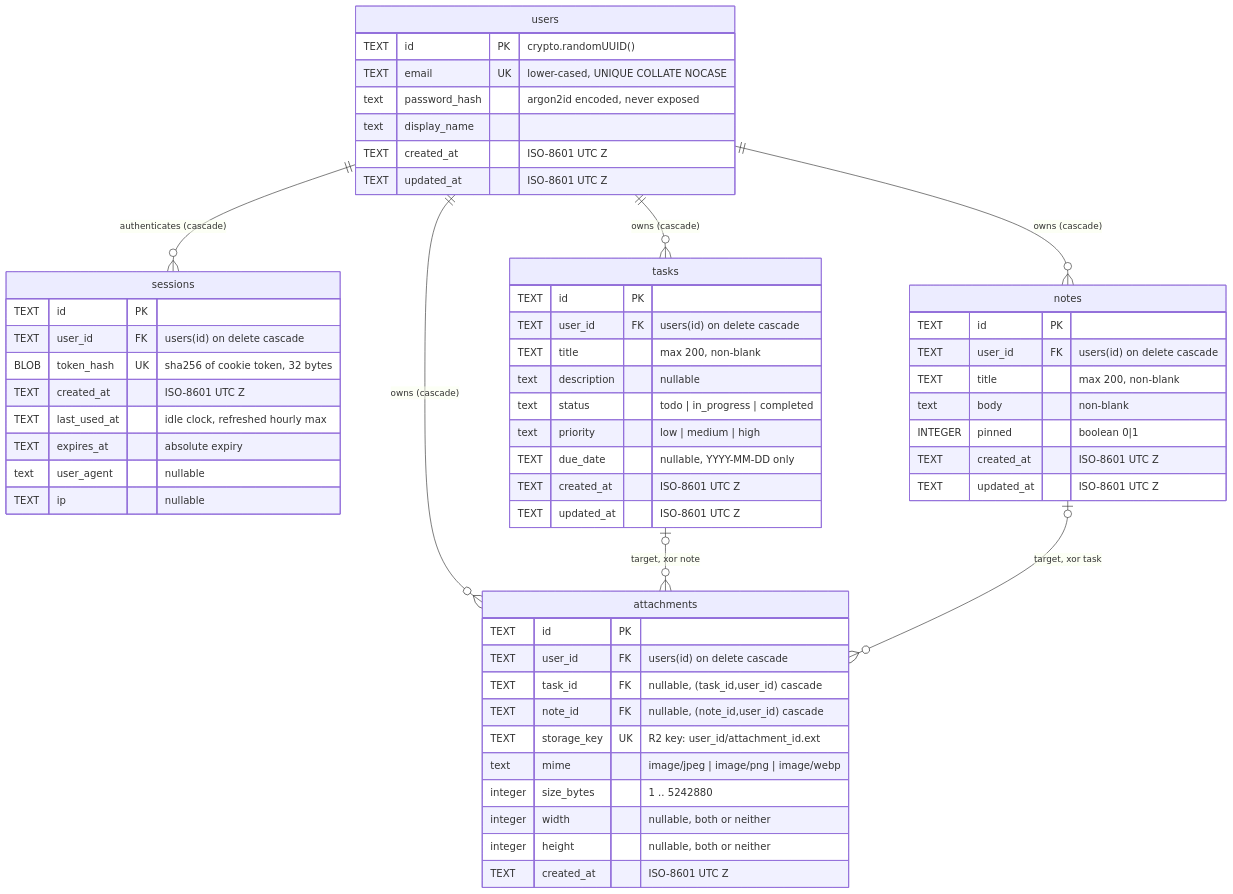
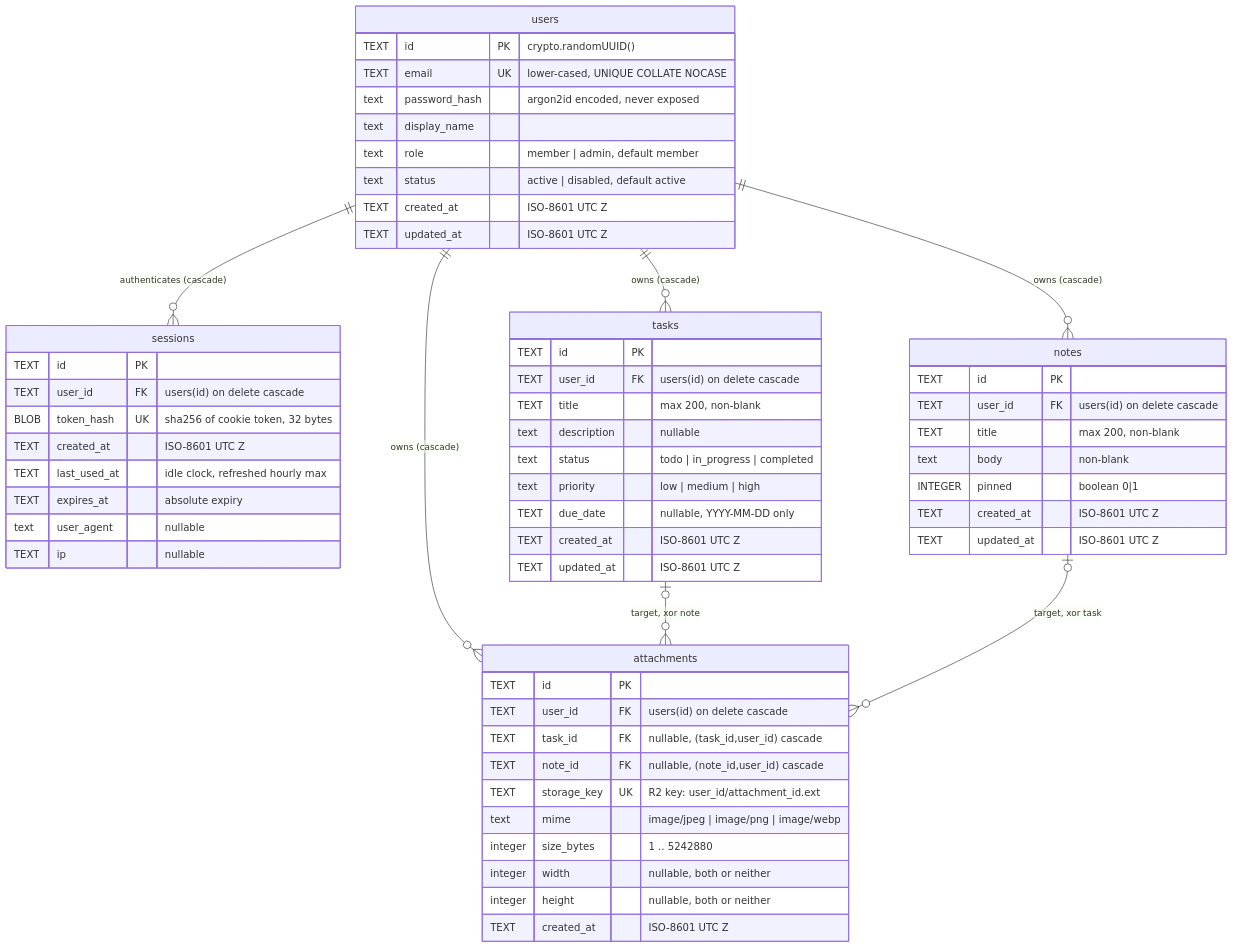
One commit to mhiqrambg/rweb-task-management changed the diagram in .planning/05-database-design.md. Above: the diagram before and after it, drawn with Mermaid. The commit also changed other lines of this file and 9 other files, not shown here.

````diff
--- a/.planning/05-database-design.md
+++ b/.planning/05-database-design.md
@@ -71,64 +71,66 @@
 ```mermaid
 erDiagram
     users ||--o{ sessions : "authenticates (cascade)"
     users ||--o{ tasks : "owns (cascade)"
     users ||--o{ notes : "owns (cascade)"
     users ||--o{ attachments : "owns (cascade)"
     tasks |o--o{ attachments : "target, xor note"
     notes |o--o{ attachments : "target, xor task"
 
     users {
         TEXT id PK "crypto.randomUUID()"
         TEXT email UK "lower-cased, UNIQUE COLLATE NOCASE"
         text password_hash "argon2id encoded, never exposed"
         text display_name
+        text role "member | admin, default member"
+        text status "active | disabled, default active"
         TEXT created_at "ISO-8601 UTC Z"
         TEXT updated_at "ISO-8601 UTC Z"
     }
 
     sessions {
         TEXT id PK
         TEXT user_id FK "users(id) on delete cascade"
         BLOB token_hash UK "sha256 of cookie token, 32 bytes"
         TEXT created_at "ISO-8601 UTC Z"
         TEXT last_used_at "idle clock, refreshed hourly max"
         TEXT expires_at "absolute expiry"
         text user_agent "nullable"
         TEXT ip "nullable"
     }
 
     tasks {
         TEXT id PK
         TEXT user_id FK "users(id) on delete cascade"
         TEXT title "max 200, non-blank"
         text description "nullable"
         text status "todo | in_progress | completed"
         text priority "low | medium | high"
         TEXT due_date "nullable, YYYY-MM-DD only"
         TEXT created_at "ISO-8601 UTC Z"
         TEXT updated_at "ISO-8601 UTC Z"
     }
 
     notes {
         TEXT id PK
         TEXT user_id FK "users(id) on delete cascade"
         TEXT title "max 200, non-blank"
         text body "non-blank"
         INTEGER pinned "boolean 0|1"
         TEXT created_at "ISO-8601 UTC Z"
         TEXT updated_at "ISO-8601 UTC Z"
     }
 
     attachments {
         TEXT id PK
         TEXT user_id FK "users(id) on delete cascade"
         TEXT task_id FK "nullable, (task_id,user_id) cascade"
         TEXT note_id FK "nullable, (note_id,user_id) cascade"
         TEXT storage_key UK "R2 key: user_id/attachment_id.ext"
         text mime "image/jpeg | image/png | image/webp"
         integer size_bytes "1 .. 5242880"
         integer width "nullable, both or neither"
         integer height "nullable, both or neither"
         TEXT created_at "ISO-8601 UTC Z"
     }
 ```
````
